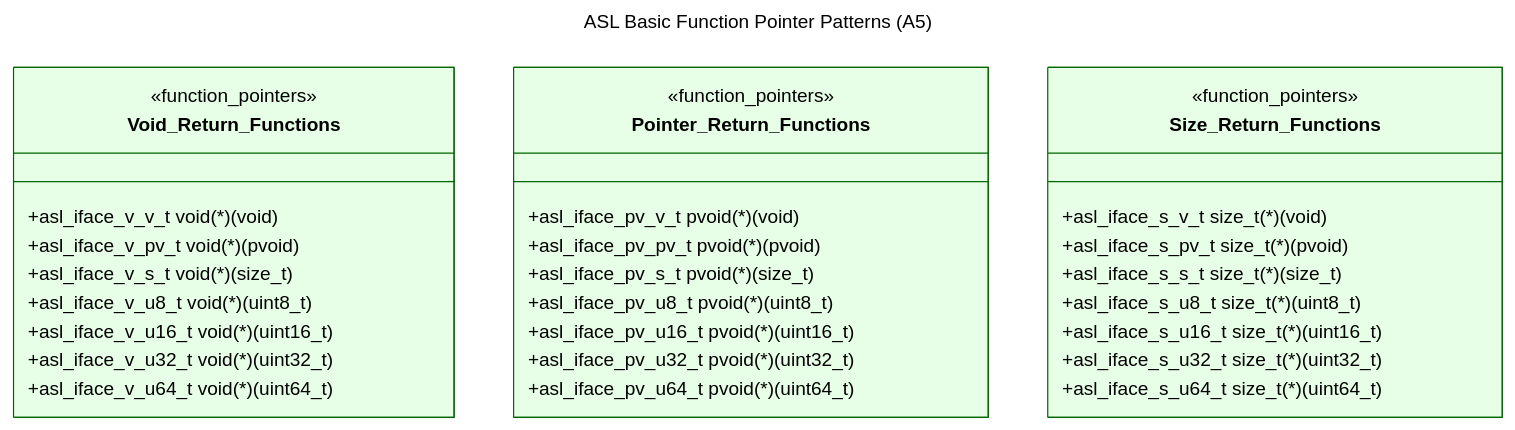
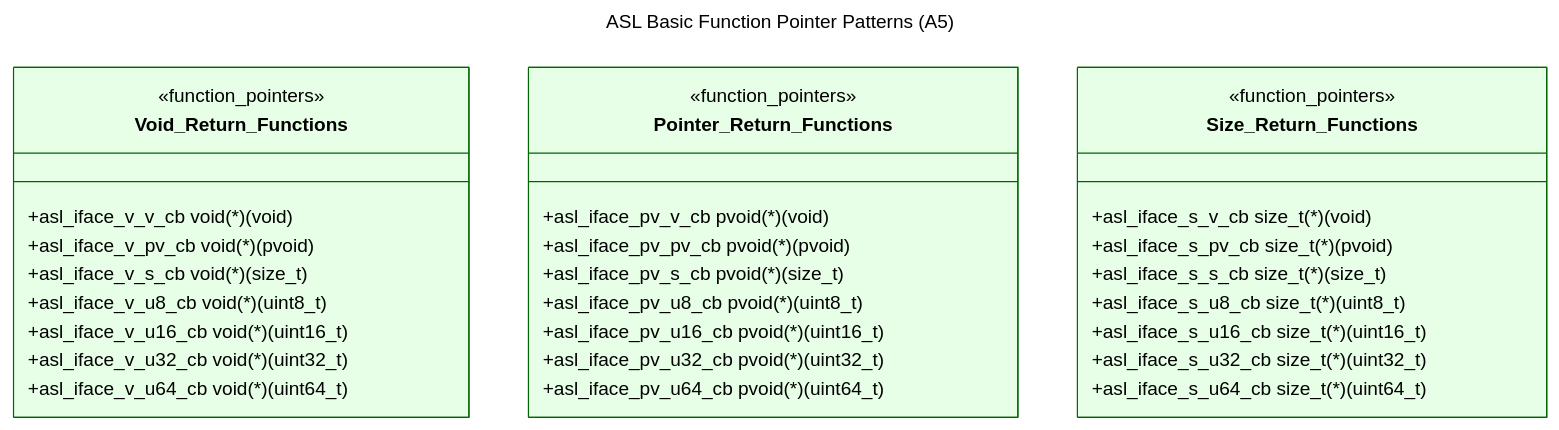
One commit to ABD-01/quantum-harmony changed the second of 2 diagrams in architecture/logical_view_types_interface.md. Above: the diagram before and after it, drawn with Mermaid. The commit also changed other lines of this file and 67 other files, not shown here.

````diff
--- a/architecture/logical_view_types_interface.md
+++ b/architecture/logical_view_types_interface.md
@@ -95,56 +95,56 @@
 ```mermaid
 ---
 title: ASL Basic Function Pointer Patterns (A5)
 config:
   theme: base
   themeVariables:
     background: "#ffffff"
     primaryColor: "#e6ffe6"
     primaryTextColor: "#000000"
     primaryBorderColor: "#006600"
     lineColor: "#000000"
     secondaryColor: "#f0f0f0"
     tertiaryColor: "#cccccc"
 ---
 classDiagram
     class Void_Return_Functions {
         <<function_pointers>>
-        +asl_iface_v_v_t void(*)(void)
-        +asl_iface_v_pv_t void(*)(pvoid)
-        +asl_iface_v_s_t void(*)(size_t)
-        +asl_iface_v_u8_t void(*)(uint8_t)
-        +asl_iface_v_u16_t void(*)(uint16_t)
-        +asl_iface_v_u32_t void(*)(uint32_t)
-        +asl_iface_v_u64_t void(*)(uint64_t)
+        +asl_iface_v_v_cb void(*)(void)
+        +asl_iface_v_pv_cb void(*)(pvoid)
+        +asl_iface_v_s_cb void(*)(size_t)
+        +asl_iface_v_u8_cb void(*)(uint8_t)
+        +asl_iface_v_u16_cb void(*)(uint16_t)
+        +asl_iface_v_u32_cb void(*)(uint32_t)
+        +asl_iface_v_u64_cb void(*)(uint64_t)
     }
     
     class Pointer_Return_Functions {
         <<function_pointers>>
-        +asl_iface_pv_v_t pvoid(*)(void)
-        +asl_iface_pv_pv_t pvoid(*)(pvoid)
-        +asl_iface_pv_s_t pvoid(*)(size_t)
-        +asl_iface_pv_u8_t pvoid(*)(uint8_t)
-        +asl_iface_pv_u16_t pvoid(*)(uint16_t)
-        +asl_iface_pv_u32_t pvoid(*)(uint32_t)
-        +asl_iface_pv_u64_t pvoid(*)(uint64_t)
+        +asl_iface_pv_v_cb pvoid(*)(void)
+        +asl_iface_pv_pv_cb pvoid(*)(pvoid)
+        +asl_iface_pv_s_cb pvoid(*)(size_t)
+        +asl_iface_pv_u8_cb pvoid(*)(uint8_t)
+        +asl_iface_pv_u16_cb pvoid(*)(uint16_t)
+        +asl_iface_pv_u32_cb pvoid(*)(uint32_t)
+        +asl_iface_pv_u64_cb pvoid(*)(uint64_t)
     }
     
     class Size_Return_Functions {
         <<function_pointers>>
-        +asl_iface_s_v_t size_t(*)(void)
-        +asl_iface_s_pv_t size_t(*)(pvoid)
-        +asl_iface_s_s_t size_t(*)(size_t)
-        +asl_iface_s_u8_t size_t(*)(uint8_t)
-        +asl_iface_s_u16_t size_t(*)(uint16_t)
-        +asl_iface_s_u32_t size_t(*)(uint32_t)
-        +asl_iface_s_u64_t size_t(*)(uint64_t)
+        +asl_iface_s_v_cb size_t(*)(void)
+        +asl_iface_s_pv_cb size_t(*)(pvoid)
+        +asl_iface_s_s_cb size_t(*)(size_t)
+        +asl_iface_s_u8_cb size_t(*)(uint8_t)
+        +asl_iface_s_u16_cb size_t(*)(uint16_t)
+        +asl_iface_s_u32_cb size_t(*)(uint32_t)
+        +asl_iface_s_u64_cb size_t(*)(uint64_t)
     }
     
     classDef void_funcs fill:#e6f3ff,stroke:#0066cc,stroke-width:2px
     classDef ptr_funcs fill:#fff7e6,stroke:#cc7700,stroke-width:2px
     classDef size_funcs fill:#f0fff0,stroke:#228b22,stroke-width:2px
     
     class Void_Return_Functions:::void_funcs
     class Pointer_Return_Functions:::ptr_funcs
     class Size_Return_Functions:::size_funcs
 ```
````
